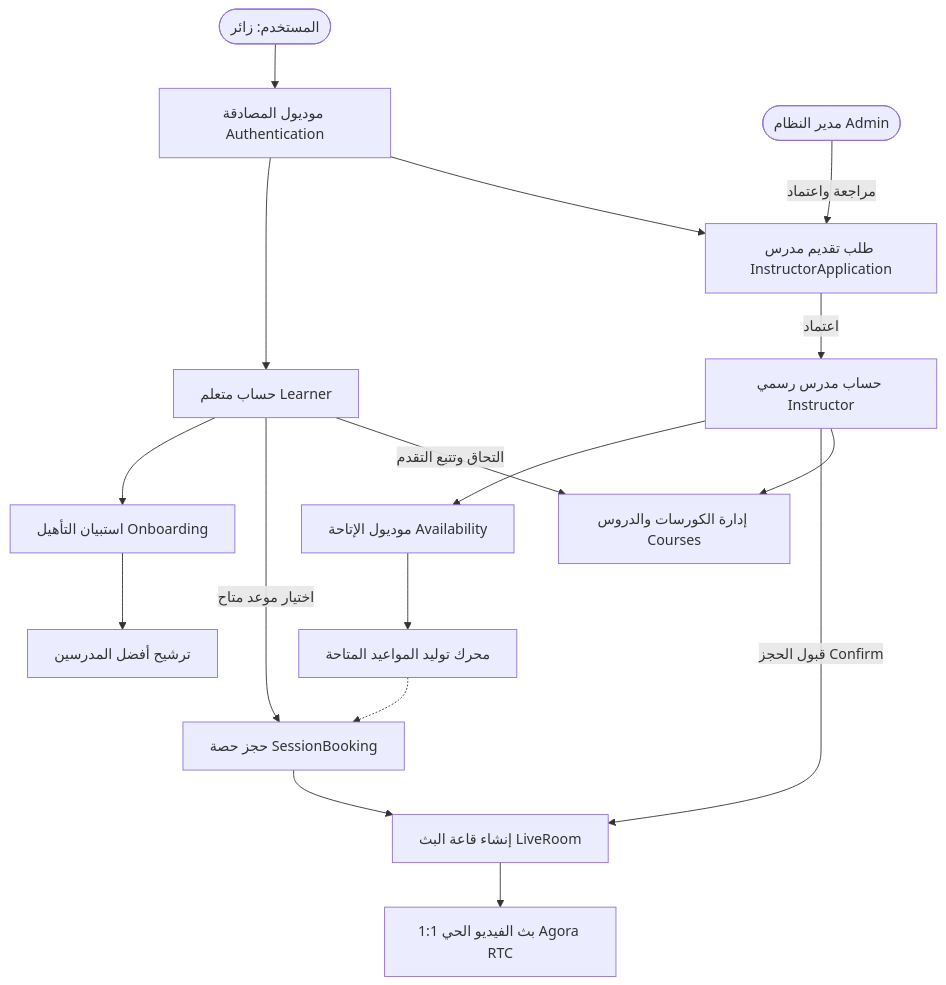
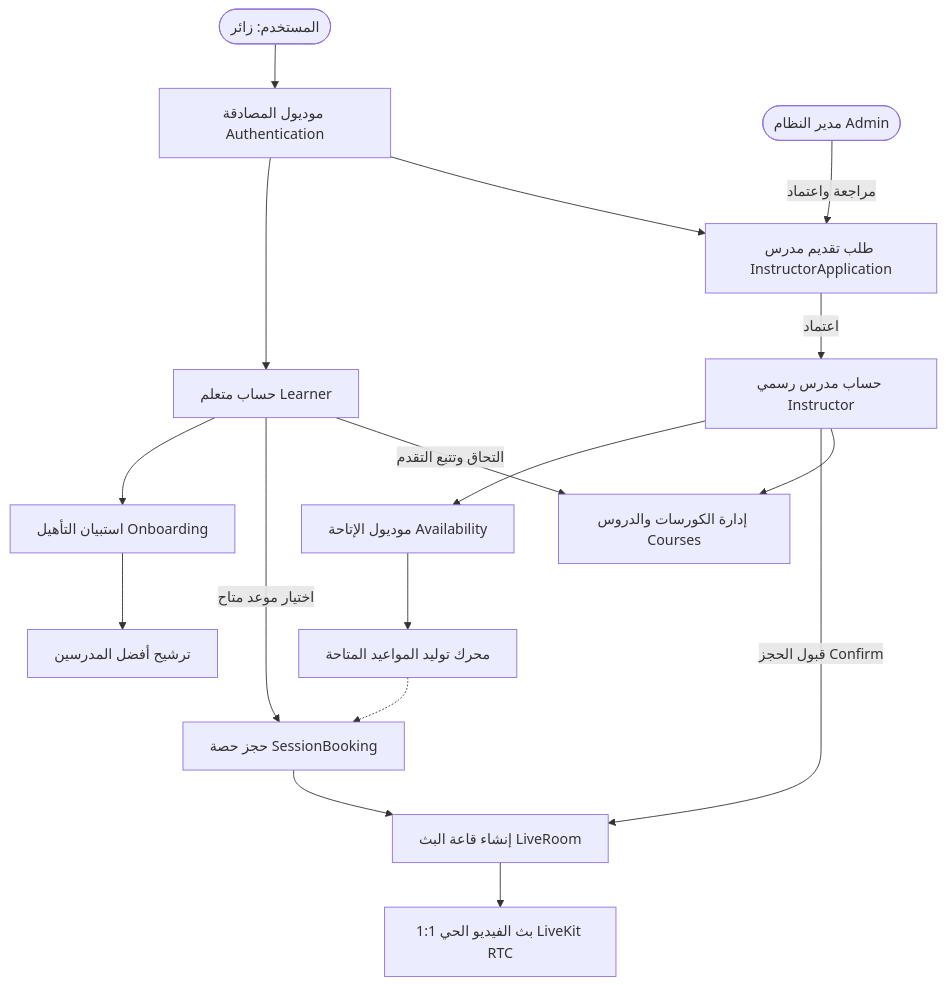
The diagram in docs/LMS-COMPLETE-ARCHITECTURE-AND-FEATURE-FLOWS.md (MohamedSaber2004/LMS-Backend), drawn with Mermaid before and after one commit. The commit also changed other lines of this file and 52 other files, not shown here.

First line of the commit message:
Migrate from Agora to LiveKit for live streaming

````diff
--- a/docs/LMS-COMPLETE-ARCHITECTURE-AND-FEATURE-FLOWS.md
+++ b/docs/LMS-COMPLETE-ARCHITECTURE-AND-FEATURE-FLOWS.md
@@ -46,26 +46,26 @@
 ```mermaid
 graph TD
     User([المستخدم: زائر]) --> Auth[موديول المصادقة Authentication]
     Auth --> Learner[حساب متعلم Learner]
     Auth --> InstructorPending[طلب تقديم مدرس InstructorApplication]
     
     Admin([مدير النظام Admin]) -->|مراجعة واعتماد| InstructorPending
     InstructorPending -->|اعتماد| Instructor[حساب مدرس رسمي Instructor]
     
     Instructor --> Availability[موديول الإتاحة Availability]
     Availability --> Materialization[محرك توليد المواعيد المتاحة]
     
     Learner --> Onboarding[استبيان التأهيل Onboarding]
     Onboarding --> Matching[ترشيح أفضل المدرسين]
     
     Learner -->|اختيار موعد متاح| Session[حجز حصة SessionBooking]
     Materialization -.-> Session
     
     Instructor -->|قبول الحجز Confirm| LiveRoom[إنشاء قاعة البث LiveRoom]
     Session --> LiveRoom
     
-    LiveRoom --> Agora[بث الفيديو الحي 1:1 Agora RTC]
+    LiveRoom --> LiveKit[بث الفيديو الحي 1:1 LiveKit RTC]
     
     Instructor --> Courses[إدارة الكورسات والدروس Courses]
     Learner -->|التحاق وتتبع التقدم| Courses
 ```
````
